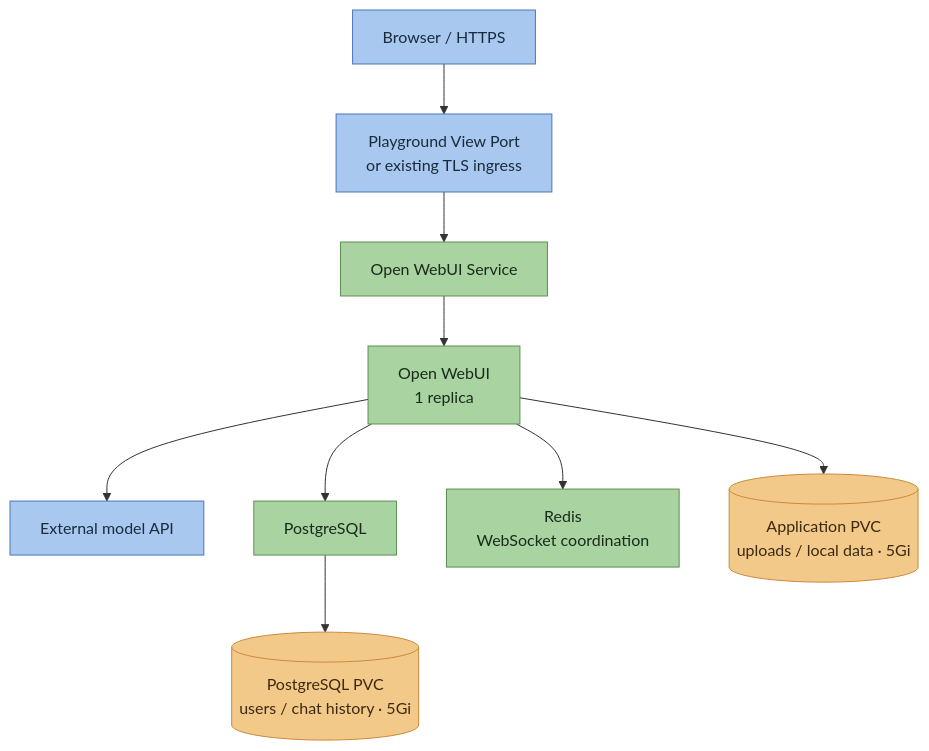
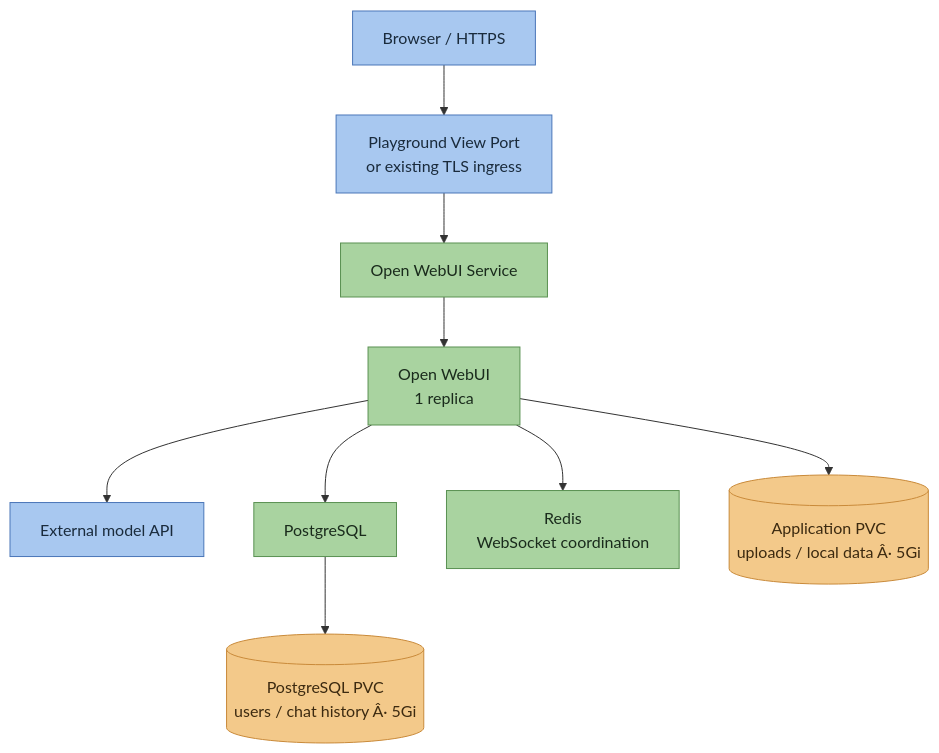
One commit to ThinkWithOps/thinkwithops-openwebui-production changed the diagram in README.md. Above: the diagram before and after it, drawn with Mermaid. The commit also changed other lines of this file, not shown here.

````diff
--- a/README.md
+++ b/README.md
@@ -75,22 +75,22 @@
 ```mermaid
 flowchart TB
     Browser["Browser / HTTPS"]:::entry
     Access["Playground View Port<br/>or existing TLS ingress"]:::entry
     Service["Open WebUI Service"]:::service
     UI["Open WebUI<br/>1 replica"]:::service
     Model["External model API"]:::entry
     PG["PostgreSQL"]:::service
     Redis["Redis<br/>WebSocket coordination"]:::service
-    AppPVC[("Application PVC<br/>uploads / local data · 5Gi")]:::data
-    DBPVC[("PostgreSQL PVC<br/>users / chat history · 5Gi")]:::data
+    AppPVC[("Application PVC<br/>uploads / local data Â· 5Gi")]:::data
+    DBPVC[("PostgreSQL PVC<br/>users / chat history Â· 5Gi")]:::data
 
     Browser --> Access --> Service --> UI
     UI --> Model
     UI --> PG --> DBPVC
     UI --> Redis
     UI --> AppPVC
 
     classDef entry fill:#a8c8f0,stroke:#4a76b8,color:#1a2b3c
     classDef service fill:#a9d3a0,stroke:#5a9152,color:#1a2b1c
     classDef data fill:#f3c98a,stroke:#c98a3a,color:#3c2a10
 ```
````
